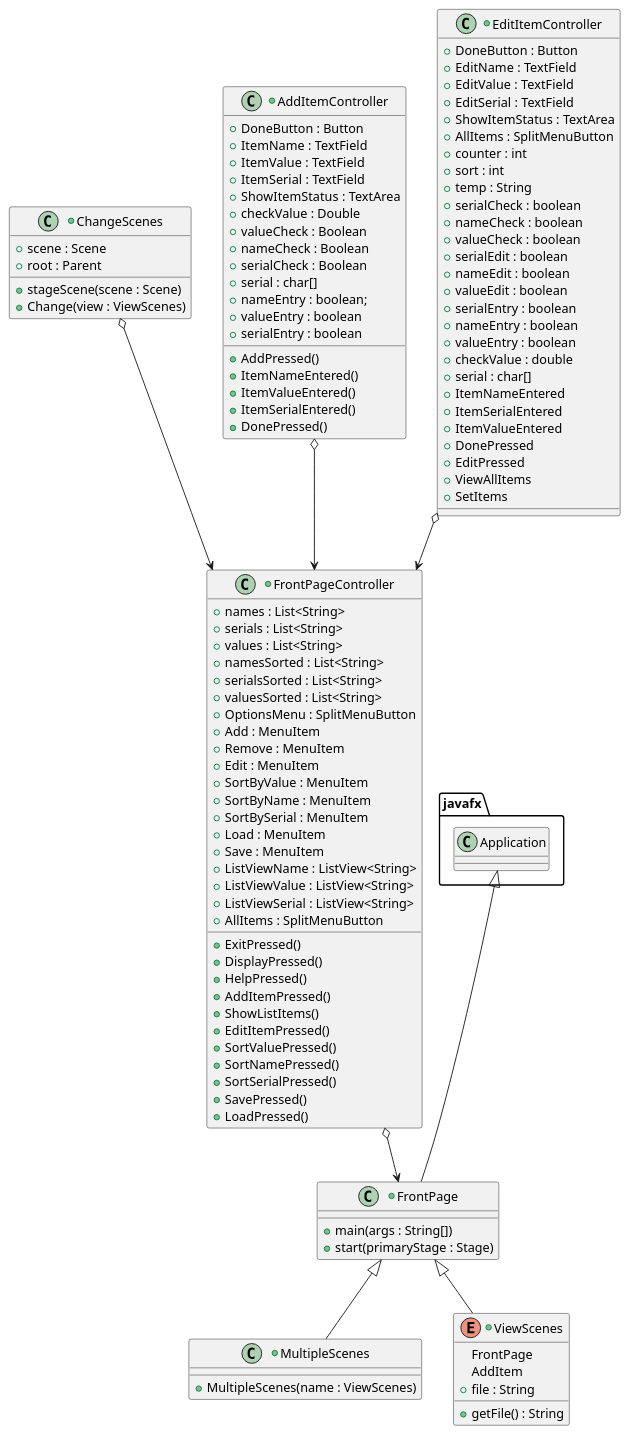
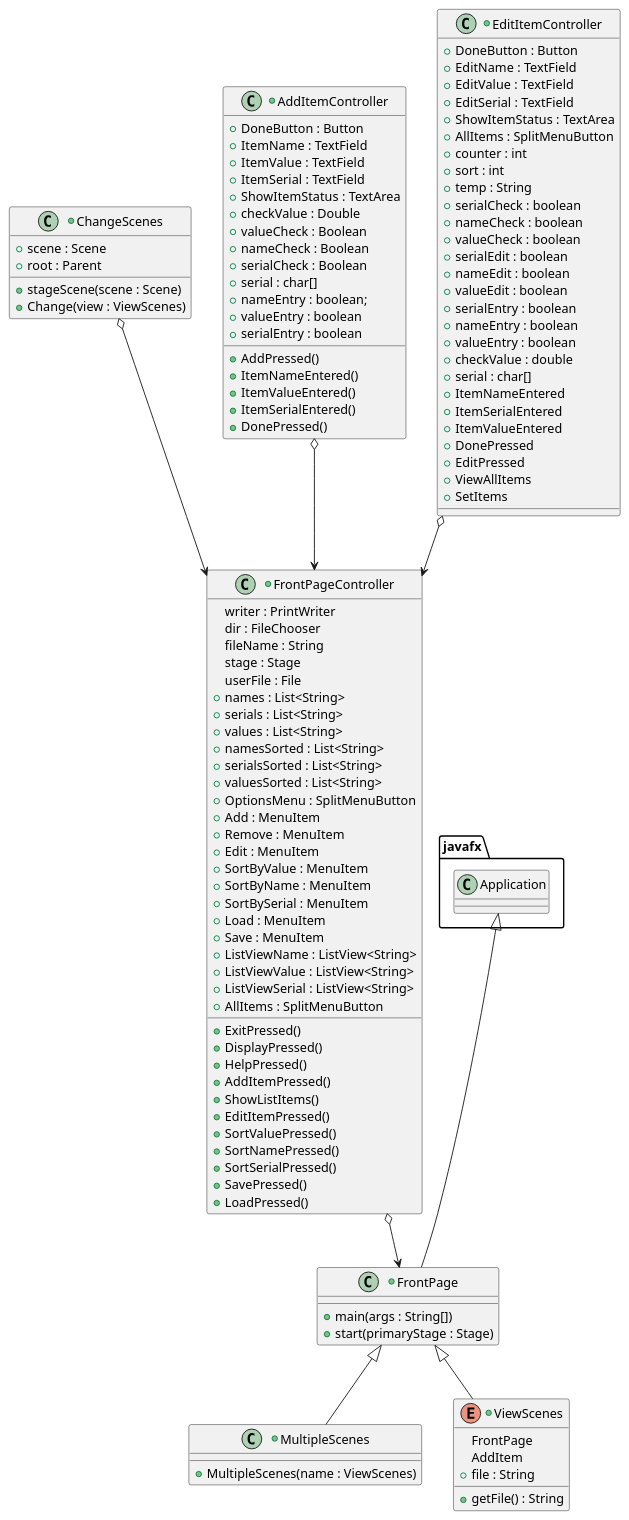
Before and after one commit to Elizene9/Database-Application: the diagram in UMLFiles/ProjectUML.puml, drawn with PlantUML. The commit also changed 6 other files, not shown here.

```diff
--- a/UMLFiles/ProjectUML.puml
+++ b/UMLFiles/ProjectUML.puml
@@ -1,124 +1,129 @@
 @startuml
 'https://plantuml.com/class-diagram
 
 +class FrontPage {
     +main(args : String[])
     +start(primaryStage : Stage)
 
 }
 
 +class FrontPageController {
 
+    writer : PrintWriter
+    dir : FileChooser
+    fileName : String
+    stage : Stage
+    userFile : File
     +names : List<String>
     +serials : List<String>
     +values : List<String>
     +namesSorted : List<String>
     +serialsSorted : List<String>
     +valuesSorted : List<String>
     +OptionsMenu : SplitMenuButton
     +Add : MenuItem
     +Remove : MenuItem
     +Edit : MenuItem
     +SortByValue : MenuItem
     +SortByName : MenuItem
     +SortBySerial : MenuItem
     +Load : MenuItem
     +Save : MenuItem
     +ListViewName : ListView<String>
     +ListViewValue : ListView<String>
     +ListViewSerial : ListView<String>
     +AllItems : SplitMenuButton
     +ExitPressed()
     +DisplayPressed()
     +HelpPressed()
     +AddItemPressed()
     +ShowListItems()
     +EditItemPressed()
     +SortValuePressed()
     +SortNamePressed()
     +SortSerialPressed()
     +SavePressed()
     +LoadPressed()
 }
 
 +class MultipleScenes {
      +MultipleScenes(name : ViewScenes)
 }
 
 +enum ViewScenes{
     FrontPage
     AddItem
     +file : String
     +getFile() : String
 }
 
 +class ChangeScenes {
     +scene : Scene
     +root : Parent
     +stageScene(scene : Scene)
     +Change(view : ViewScenes)
 }
 
 +class AddItemController {
 
     +DoneButton : Button
     +ItemName : TextField
     +ItemValue : TextField
     +ItemSerial : TextField
     +ShowItemStatus : TextArea
     +checkValue : Double
     +valueCheck : Boolean
     +nameCheck : Boolean
     +serialCheck : Boolean
     +serial : char[]
     +AddPressed()
     +ItemNameEntered()
     +ItemValueEntered()
     +ItemSerialEntered()
     +DonePressed()
     +nameEntry : boolean;
     +valueEntry : boolean
     +serialEntry : boolean
 }
 
 +class EditItemController {
 
     +DoneButton : Button
     +EditName : TextField
     +EditValue : TextField
     +EditSerial : TextField
     +ShowItemStatus : TextArea
     +AllItems : SplitMenuButton
     +counter : int
     +sort : int
     +temp : String
     +serialCheck : boolean
     +nameCheck : boolean
     +valueCheck : boolean
     +serialEdit : boolean
     +nameEdit : boolean
     +valueEdit : boolean
     +serialEntry : boolean
     +nameEntry : boolean
     +valueEntry : boolean
     +checkValue : double
     +serial : char[]
     +ItemNameEntered
     +ItemSerialEntered
     +ItemValueEntered
     +DonePressed
     +EditPressed
     +ViewAllItems
     +SetItems
 }
 javafx.Application <|-- FrontPage
 FrontPageController o--> FrontPage
 EditItemController o--> FrontPageController
 AddItemController o--> FrontPageController
 FrontPage <|-- MultipleScenes
 ChangeScenes o--> FrontPageController
 FrontPage <|-- ViewScenes
 
 
 
 @enduml
```
